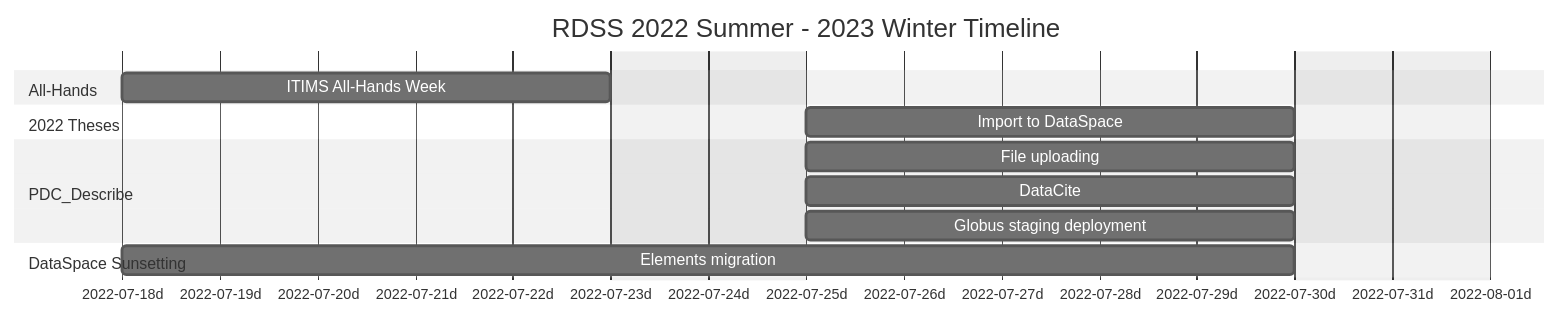
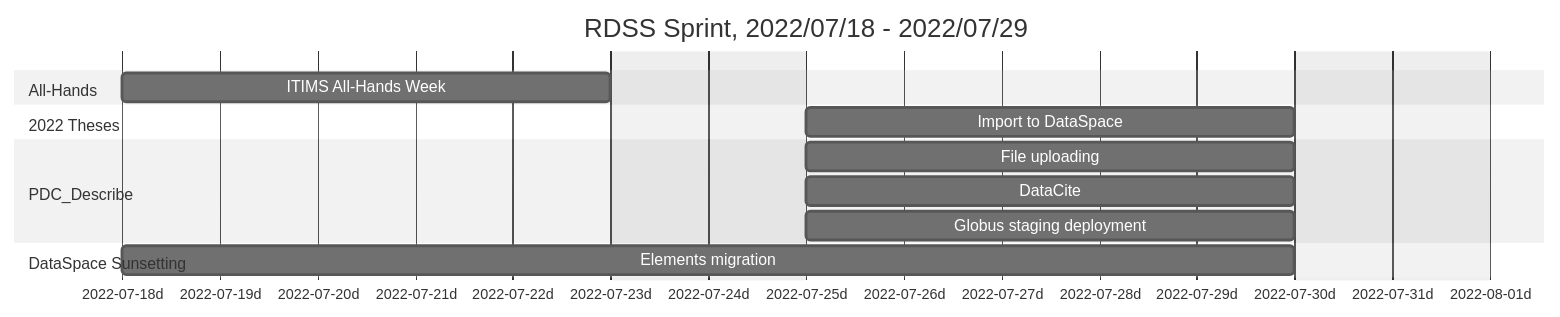
Before and after one commit to pulibrary/rdss-handbook: the second of 2 diagrams in roadmap.md, drawn with Mermaid (neutral theme). The commit also changed other lines of this file, not shown here.

````diff
--- a/roadmap.md
+++ b/roadmap.md
@@ -37,17 +37,17 @@
 ```mermaid
 gantt
-    title RDSS 2022 Summer - 2023 Winter Timeline
+    title RDSS Sprint, 2022/07/18 - 2022/07/29
     axisFormat  %Y-%m-%dd
     dateformat YYYY-MM-DD
     excludes    weekends
     section All-Hands
     ITIMS All-Hands Week: ah1, 2022-07-18, 5d
     section 2022 Theses
     Import to DataSpace: th1, 2022-07-25, 5d
     section PDC_Describe
     File uploading: pd1, 2022-07-25, 5d
     DataCite: pd2, 2022-07-25, 5d
     Globus staging deployment: 2022-07-25, 5d
     section DataSpace Sunsetting
     Elements migration: 2022-07-18, 10d
 ```
````
